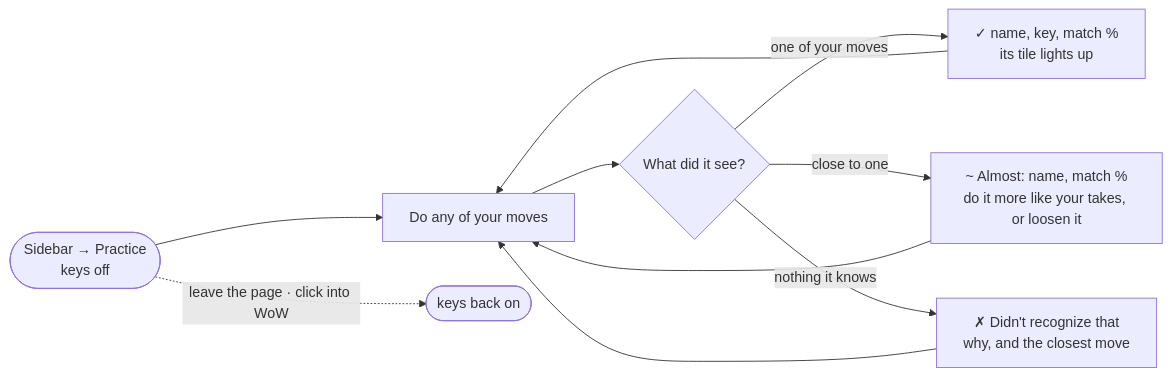
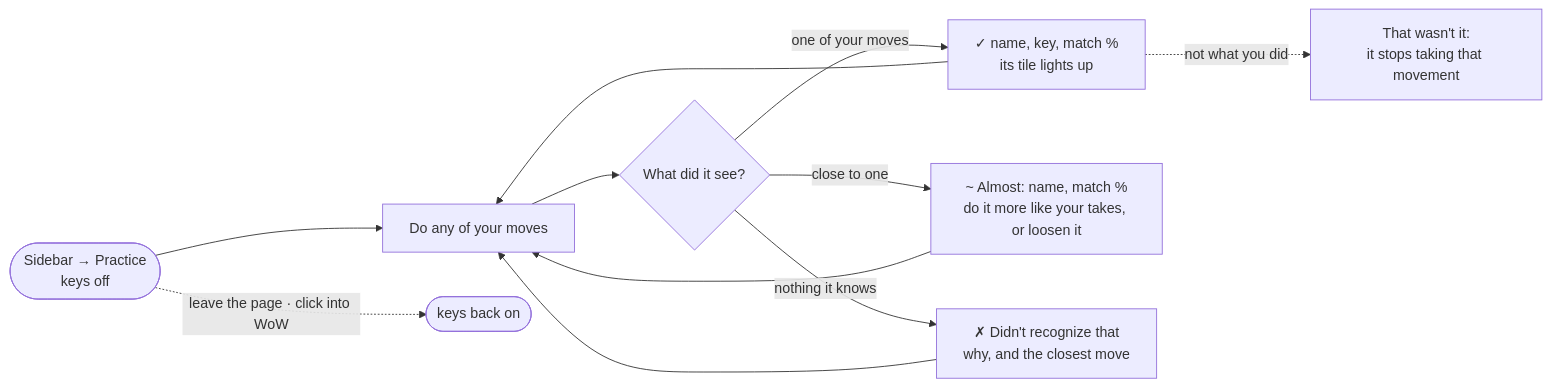
One commit to Gordoburrito/mocap-wow changed the ninth of 10 diagrams in docs/user-flows.md. Above: the diagram before and after it, drawn with Mermaid. The commit also changed 6 other files, not shown here.

````diff
--- a/docs/user-flows.md
+++ b/docs/user-flows.md
@@ -177,10 +177,11 @@
 ```mermaid
 flowchart LR
     A([Sidebar → Practice<br/>keys off]) --> B[Do any of your moves]
     B --> C{What did it see?}
     C -- one of your moves --> H[✓ name, key, match %<br/>its tile lights up]
+    H -. not what you did .-> W[That wasn't it:<br/>it stops taking that movement]
     C -- close to one --> N[~ Almost: name, match %<br/>do it more like your takes, or loosen it]
     C -- nothing it knows --> M[✗ Didn't recognize that<br/>why, and the closest move]
     H & N & M --> B
     A -. leave the page · click into WoW .-> K([keys back on])
 ```
````
